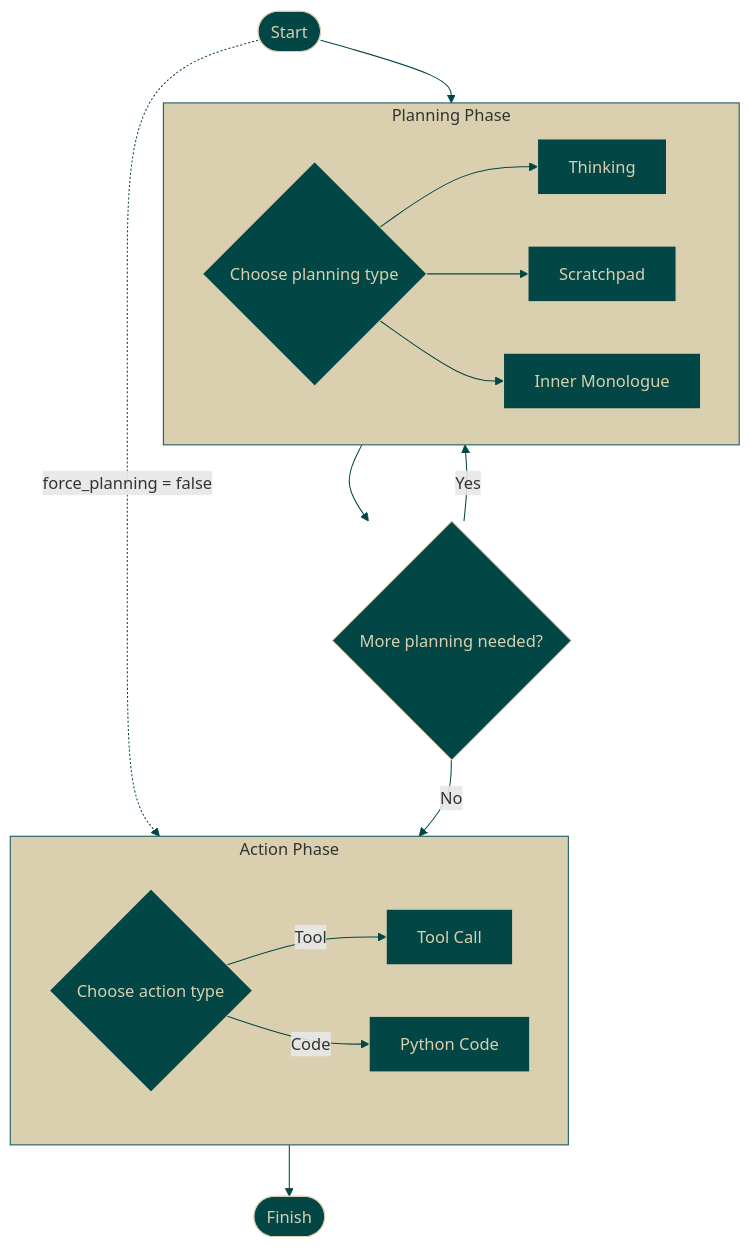
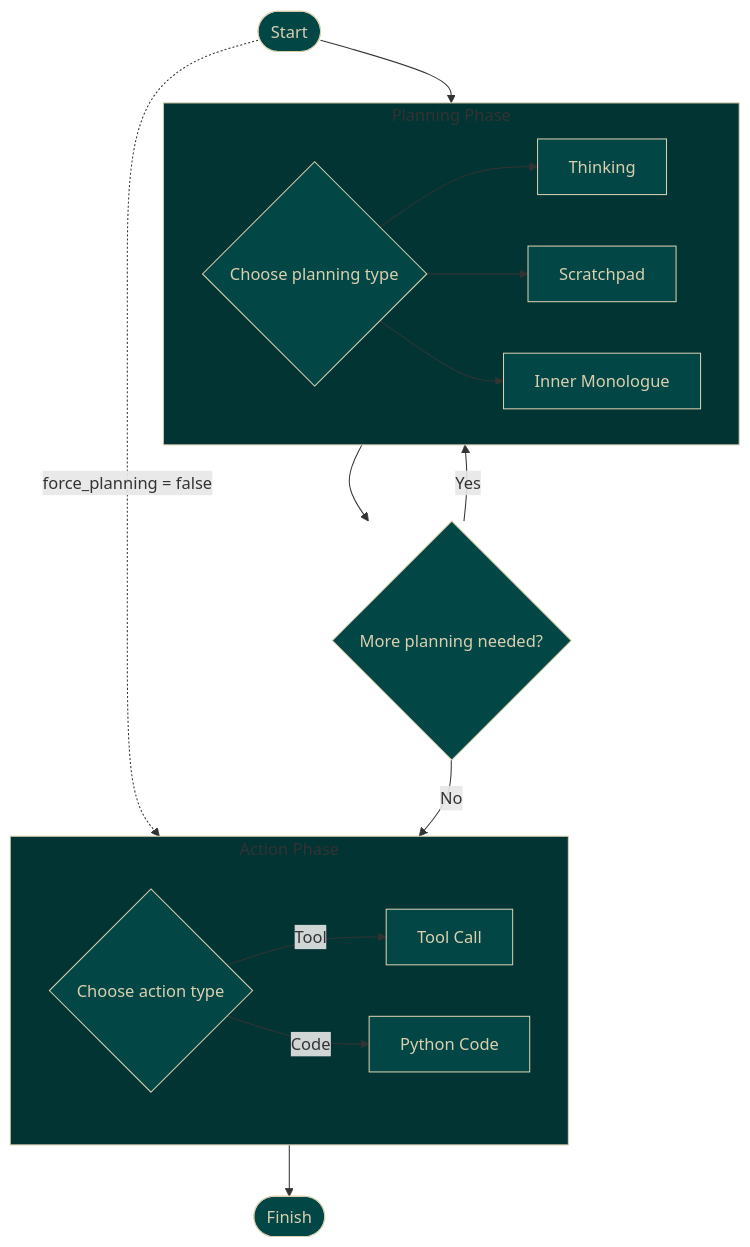
The diagram in pba-docs/docs/index.md (TheProxyCompany/proxy-technical-docs), drawn with Mermaid before and after one commit. The commit also changed 5 other files, not shown here.

````diff
--- a/pba-docs/docs/index.md
+++ b/pba-docs/docs/index.md
@@ -17,44 +17,42 @@
 ```mermaid
 flowchart TD
     Start([Start]) --> Plan
     Start -. force_planning = false .-> Action
 
     subgraph Plan["Planning Phase"]
         PlanningChoice{"Choose planning type"}
         Thinking["Thinking"]
         Scratchpad["Scratchpad"]
         InnerMonologue["Inner Monologue"]
 
         PlanningChoice --> Thinking
         PlanningChoice --> Scratchpad
         PlanningChoice --> InnerMonologue
     end
 
     subgraph Action["Action Phase"]
         ActionChoice{"Choose action type"}
         ToolAction["Tool Call"]
         CodeAction["Python Code"]
 
         ActionChoice -- "Tool" --> ToolAction
         ActionChoice -- "Code" --> CodeAction
     end
 
     Plan --> PlanLoop{"More planning needed?"}
     PlanLoop -- "Yes" --> Plan
     PlanLoop -- "No" --> Action
 
     Action --> Finish([Finish])
 
-    classDef phase fill:#DAD0AF,stroke:#0c5460,border-color:#024645
+    classDef phase fill:#013433,stroke:#DAD0AF,border-color:#DAD0AF
     classDef decision fill:#024645,stroke:#DAD0AF,color:#DAD0AF,border-color:#DAD0AF,shape:diamond
     classDef state fill:#024645,stroke:#DAD0AF,color:#DAD0AF,border-color:#DAD0AF
     classDef terminal fill:#024645,stroke:#DAD0AF,color:#DAD0AF,border-color:#DAD0AF,shape:stadium
 
     class Plan,Action phase
     class PlanLoop,ActionChoice,StepCheck decision
     class PlanningChoice,Thinking,Scratchpad,InnerMonologue state
     class ToolAction,CodeAction state
     class Start,Finish terminal
-
-    linkStyle default stroke:#024645
 ```
````
